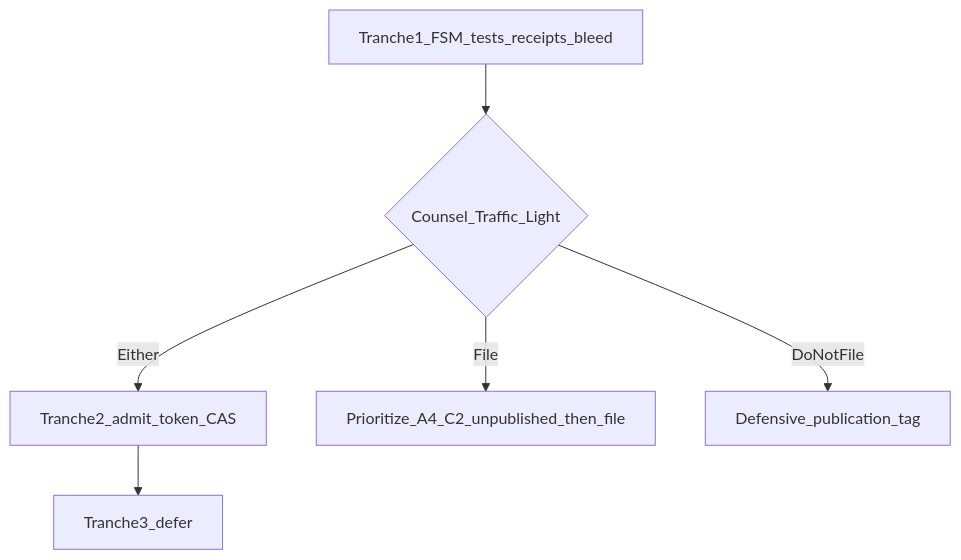
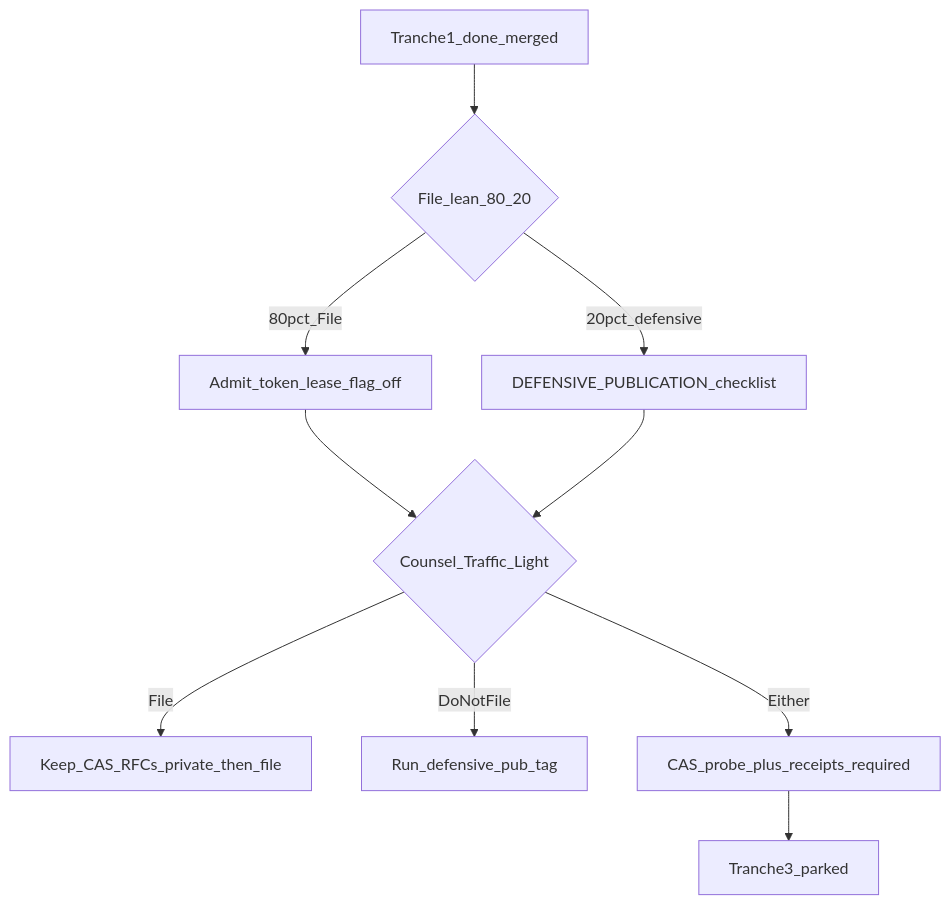
One commit to iwasinnam2/ohm changed the diagram in docs/ip/GAP-CLOSE-AND-LOOSE-ENDS.md. Above: the diagram before and after it, drawn with Mermaid. The commit also changed other lines of this file and 13 other files, not shown here.

First line of the commit message:
File-lean Tranche 2a: admit fencing, defensive checklist, wider neon rails.

````diff
--- a/docs/ip/GAP-CLOSE-AND-LOOSE-ENDS.md
+++ b/docs/ip/GAP-CLOSE-AND-LOOSE-ENDS.md
@@ -95,12 +102,15 @@
 ```mermaid
 flowchart TD
-  T1[Tranche1_FSM_tests_receipts_bleed]
-  T2[Tranche2_admit_token_CAS]
-  T3[Tranche3_defer]
+  T1[Tranche1_done_merged]
+  Bifurcate{File_lean_80_20}
+  T1 --> Bifurcate
+  Bifurcate -->|80pct_File| A4[Admit_token_lease_flag_off]
+  Bifurcate -->|20pct_defensive| DefPrep[DEFENSIVE_PUBLICATION_checklist]
   PhaseB{Counsel_Traffic_Light}
-  T1 --> PhaseB
-  PhaseB -->|File| T2file[Prioritize_A4_C2_unpublished_then_file]
-  PhaseB -->|DoNotFile| DefPub[Defensive_publication_tag]
-  PhaseB -->|Either| T2
-  T2 --> T3
+  A4 --> PhaseB
+  DefPrep --> PhaseB
+  PhaseB -->|File| Protect[Keep_CAS_RFCs_private_then_file]
+  PhaseB -->|DoNotFile| Tag[Run_defensive_pub_tag]
+  PhaseB -->|Either| T2rest[CAS_probe_plus_receipts_required]
+  T2rest --> T3park[Tranche3_parked]
 ```
````
